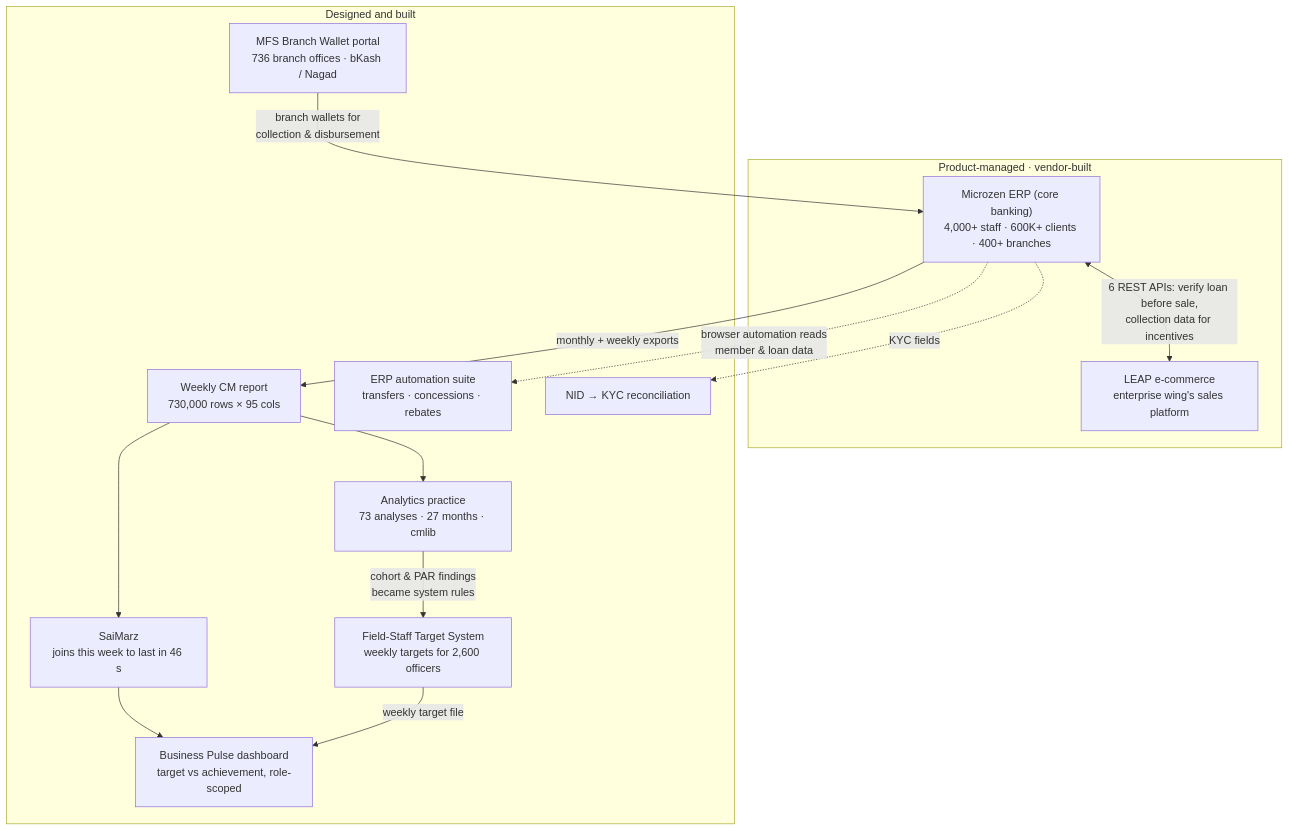
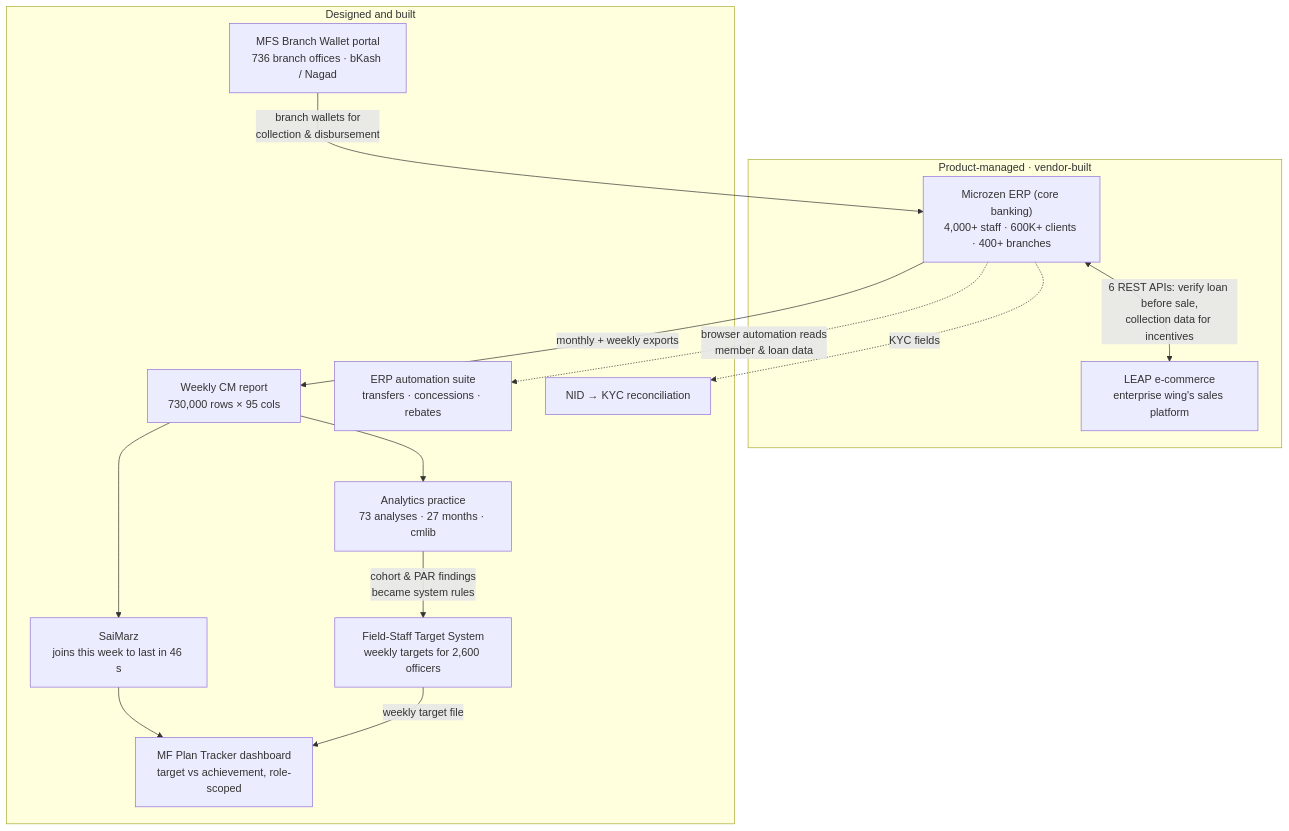
Before and after one commit to PabelHaque/PabelHaque: the diagram in README.md, drawn with Mermaid. The commit also changed other lines of this file, not shown here.

Commit message:
Use the dashboard's organisational name, MF Plan Tracker

````diff
--- a/README.md
+++ b/README.md
@@ -30,28 +30,28 @@
 ```mermaid
 flowchart TB
     subgraph PM["Product-managed · vendor-built"]
         MZ["Microzen ERP (core banking)<br/>4,000+ staff · 600K+ clients · 400+ branches"]
         LEAP["LEAP e-commerce<br/>enterprise wing's sales platform"]
         MZ <-- "6 REST APIs: verify loan before sale,<br/>collection data for incentives" --> LEAP
     end
 
     subgraph BUILT["Designed and built"]
         CM["Weekly CM report<br/>730,000 rows × 95 cols"]
         SM["SaiMarz<br/>joins this week to last in 46 s"]
         TS["Field-Staff Target System<br/>weekly targets for 2,600 officers"]
-        BP["Business Pulse dashboard<br/>target vs achievement, role-scoped"]
+        BP["MF Plan Tracker dashboard<br/>target vs achievement, role-scoped"]
         MFS["MFS Branch Wallet portal<br/>736 branch offices · bKash / Nagad"]
         AUTO["ERP automation suite<br/>transfers · concessions · rebates"]
         NID["NID → KYC reconciliation"]
         AN["Analytics practice<br/>73 analyses · 27 months · cmlib"]
     end
 
     MZ -- "monthly + weekly exports" --> CM
     CM --> SM --> BP
     CM --> AN
     TS -- "weekly target file" --> BP
     MZ -. "browser automation reads<br/>member & loan data" .-> AUTO
     MZ -. "KYC fields" .-> NID
     MFS -- "branch wallets for<br/>collection & disbursement" --> MZ
     AN -- "cohort & PAR findings<br/>became system rules" --> TS
 ```
````
